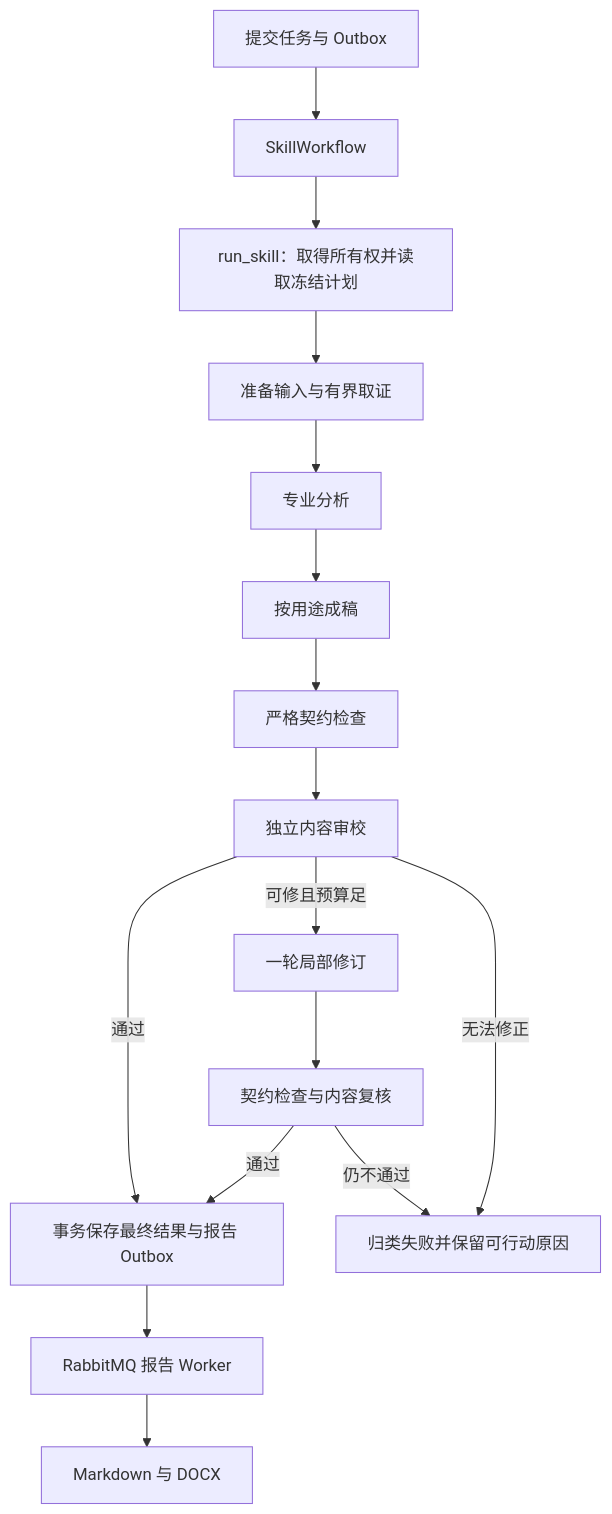
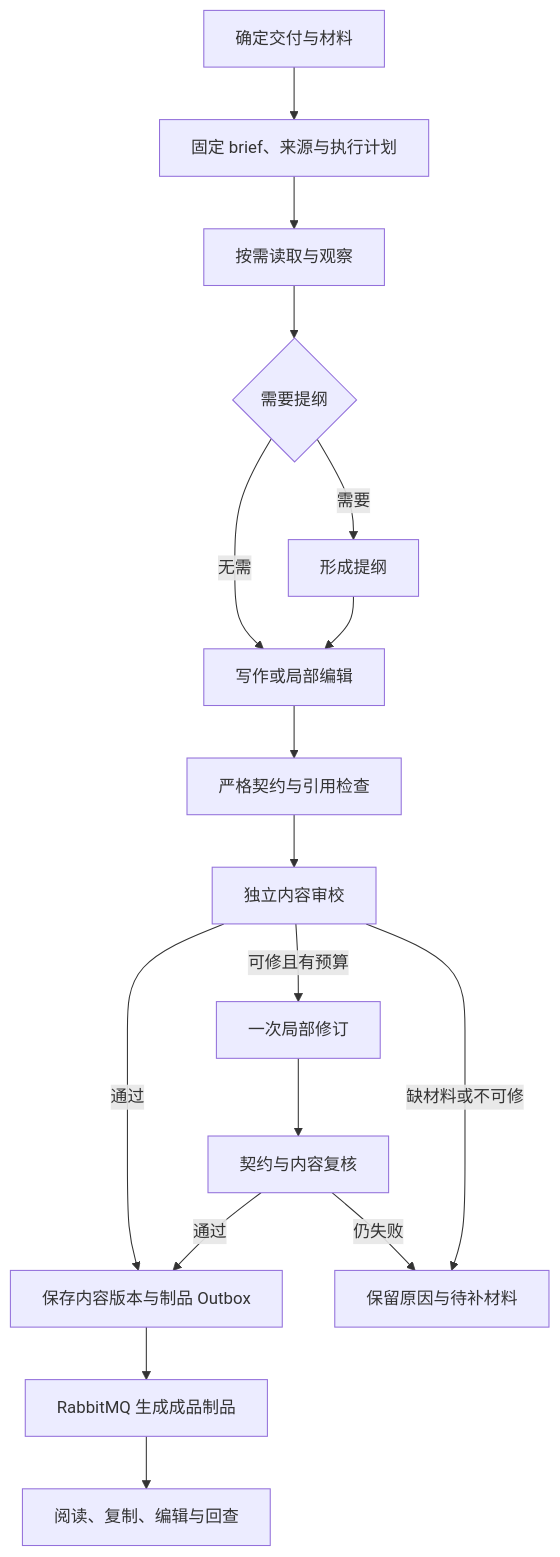
Before and after one commit to StephenQiu30/framefetch: the diagram in docs/design/16-Skill体系与结果契约.md, drawn with Mermaid. The commit also changed other lines of this file and 17 other files, not shown here.

````diff
--- a/docs/design/16-Skill体系与结果契约.md
+++ b/docs/design/16-Skill体系与结果契约.md
@@ -255,18 +199,19 @@
-```mermaid
+~~~mermaid
 flowchart TD
-    API[提交任务与 Outbox] --> WF[SkillWorkflow]
-    WF --> RUN[run_skill：取得所有权并读取冻结计划]
-    RUN --> P[准备输入与有界取证]
-    P --> A[专业分析]
-    A --> D[按用途成稿]
-    D --> C[严格契约检查]
-    C --> R[独立内容审校]
-    R -->|通过| SAVE[事务保存最终结果与报告 Outbox]
-    R -->|可修且预算足| FIX[一轮局部修订]
-    FIX --> CHECK[契约检查与内容复核]
-    CHECK -->|通过| SAVE
-    CHECK -->|仍不通过| STOP[归类失败并保留可行动原因]
-    R -->|无法修正| STOP
-    SAVE --> MQ[RabbitMQ 报告 Worker]
-    MQ --> OUT[Markdown 与 DOCX]
-```
+    Input[确定交付与材料] --> Prepare[固定 brief、来源与执行计划]
+    Prepare --> Observe[按需读取与观察]
+    Observe --> Outline{需要提纲}
+    Outline -->|需要| Plan[形成提纲]
+    Outline -->|无需| Draft[写作或局部编辑]
+    Plan --> Draft
+    Draft --> Validate[严格契约与引用检查]
+    Validate --> Review[独立内容审校]
+    Review -->|通过| Save[保存内容版本与制品 Outbox]
+    Review -->|可修且有预算| Revise[一次局部修订]
+    Revise --> Verify[契约与内容复核]
+    Verify -->|通过| Save
+    Verify -->|仍失败| Needs[保留原因与待补材料]
+    Review -->|缺材料或不可修| Needs
+    Save --> Export[RabbitMQ 生成成品制品]
+    Export --> Read[阅读、复制、编辑与回查]
+~~~
````
